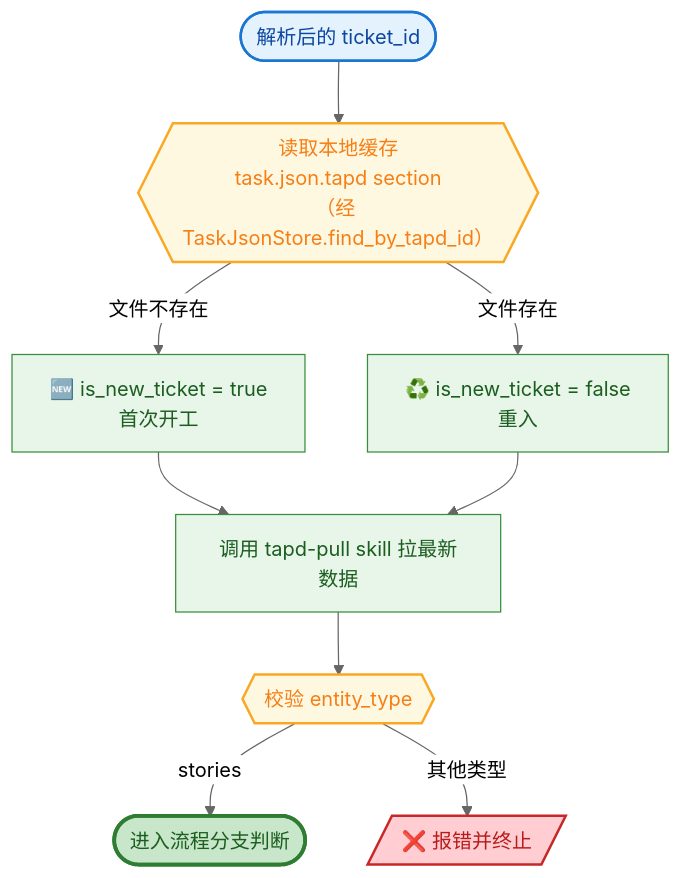
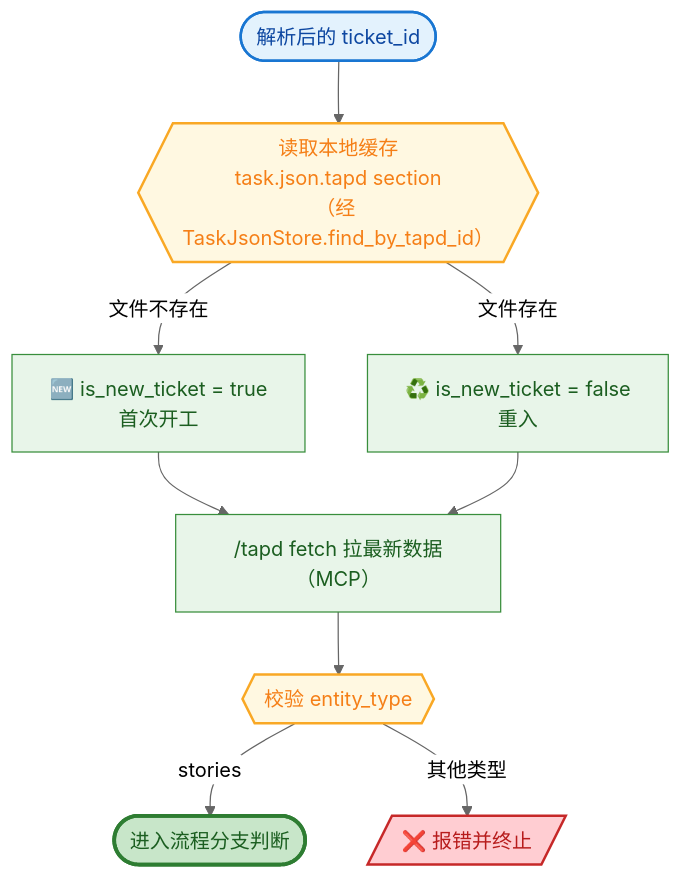
One commit to dd-xiaozhi/dev-agent-flow changed the third of 14 diagrams in README.md. Above: the diagram before and after it, drawn with Mermaid (neutral theme). The commit also changed other lines of this file and 2 other files, not shown here.

````diff
--- a/README.md
+++ b/README.md
@@ -144,23 +150,23 @@
 ```mermaid
 flowchart TD
     A([解析后的 ticket_id]) --> B{{"读取本地缓存<br/>task.json.tapd section<br/>（经 TaskJsonStore.find_by_tapd_id）"}}
     B -->|文件不存在| B1["🆕 is_new_ticket = true<br/>首次开工"]
     B -->|文件存在| B2["♻️ is_new_ticket = false<br/>重入"]
-    B1 --> C[调用 tapd-pull skill 拉最新数据]
+    B1 --> C["/tapd fetch 拉最新数据（MCP）"]
     B2 --> C
     C --> D{{"校验 entity_type"}}
     D -->|stories| E([进入流程分支判断])
     D -->|其他类型| F[/❌ 报错并终止/]
 
     classDef entry fill:#e3f2fd,stroke:#1976d2,stroke-width:2px,color:#0d47a1
     classDef decision fill:#fff8e1,stroke:#f9a825,stroke-width:2px,color:#f57f17
     classDef action fill:#e8f5e9,stroke:#388e3c,stroke-width:1px,color:#1b5e20
     classDef done fill:#c8e6c9,stroke:#2e7d32,stroke-width:3px,color:#1b5e20
     classDef fail fill:#ffcdd2,stroke:#c62828,stroke-width:2px,color:#b71c1c
 
     class A entry
     class B,D decision
     class B1,B2,C action
     class E done
     class F fail
 ```
````
